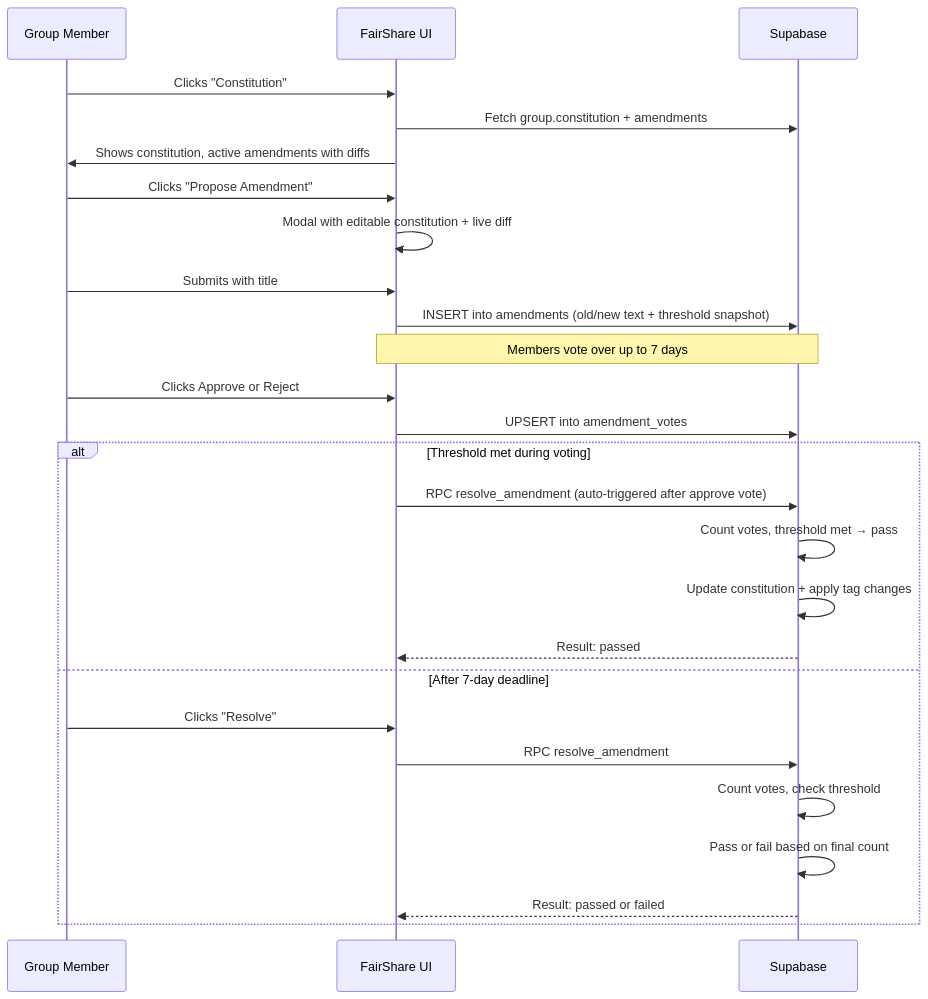
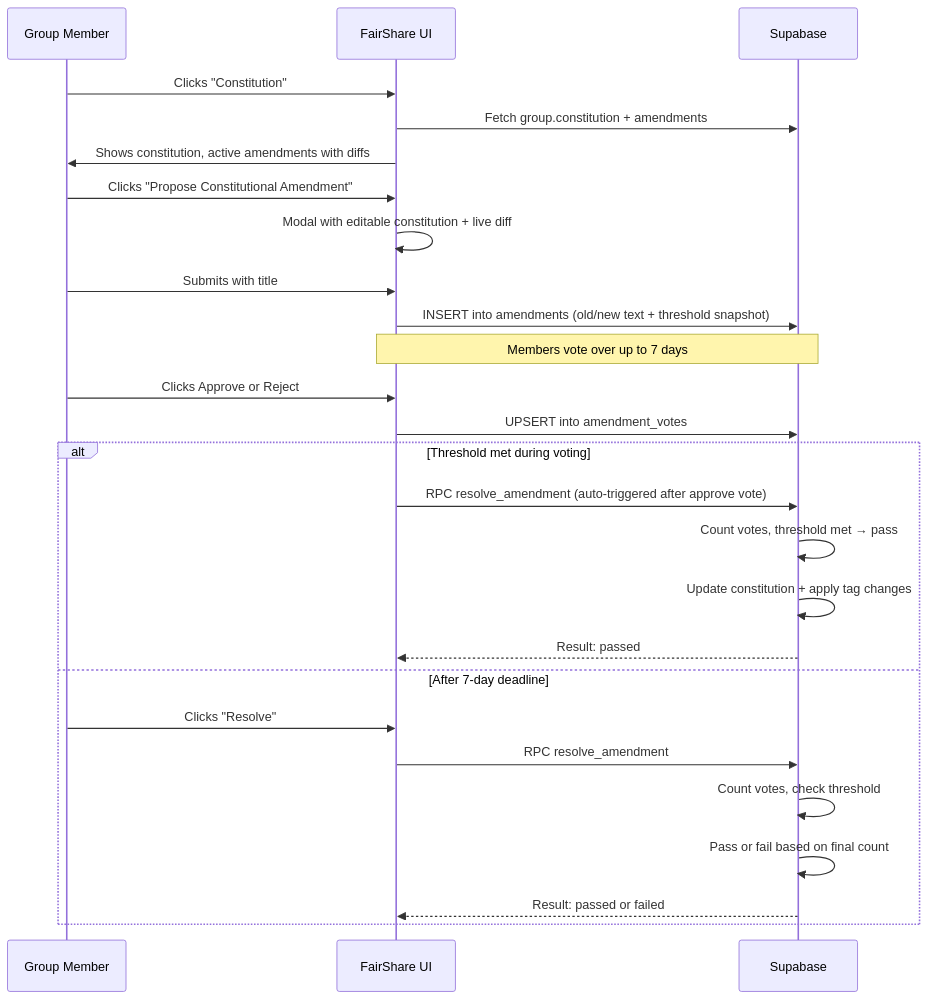
Before and after one commit to debbieyuen/fairshare: the diagram in docs/constitution.md, drawn with Mermaid. The commit also changed other lines of this file and 6 other files, not shown here.

````diff
--- a/docs/constitution.md
+++ b/docs/constitution.md
@@ -131,33 +175,33 @@
 ```mermaid
 sequenceDiagram
     participant Member as Group Member
     participant App as FairShare UI
     participant DB as Supabase
 
     Member->>App: Clicks "Constitution"
     App->>DB: Fetch group.constitution + amendments
     App->>Member: Shows constitution, active amendments with diffs
 
-    Member->>App: Clicks "Propose Amendment"
+    Member->>App: Clicks "Propose Constitutional Amendment"
     App->>App: Modal with editable constitution + live diff
     Member->>App: Submits with title
     App->>DB: INSERT into amendments (old/new text + threshold snapshot)
 
     Note over App,DB: Members vote over up to 7 days
 
     Member->>App: Clicks Approve or Reject
     App->>DB: UPSERT into amendment_votes
 
     alt Threshold met during voting
         App->>DB: RPC resolve_amendment (auto-triggered after approve vote)
         DB->>DB: Count votes, threshold met → pass
         DB->>DB: Update constitution + apply tag changes
         DB-->>App: Result: passed
     else After 7-day deadline
         Member->>App: Clicks "Resolve"
         App->>DB: RPC resolve_amendment
         DB->>DB: Count votes, check threshold
         DB->>DB: Pass or fail based on final count
         DB-->>App: Result: passed or failed
     end
 ```
````
